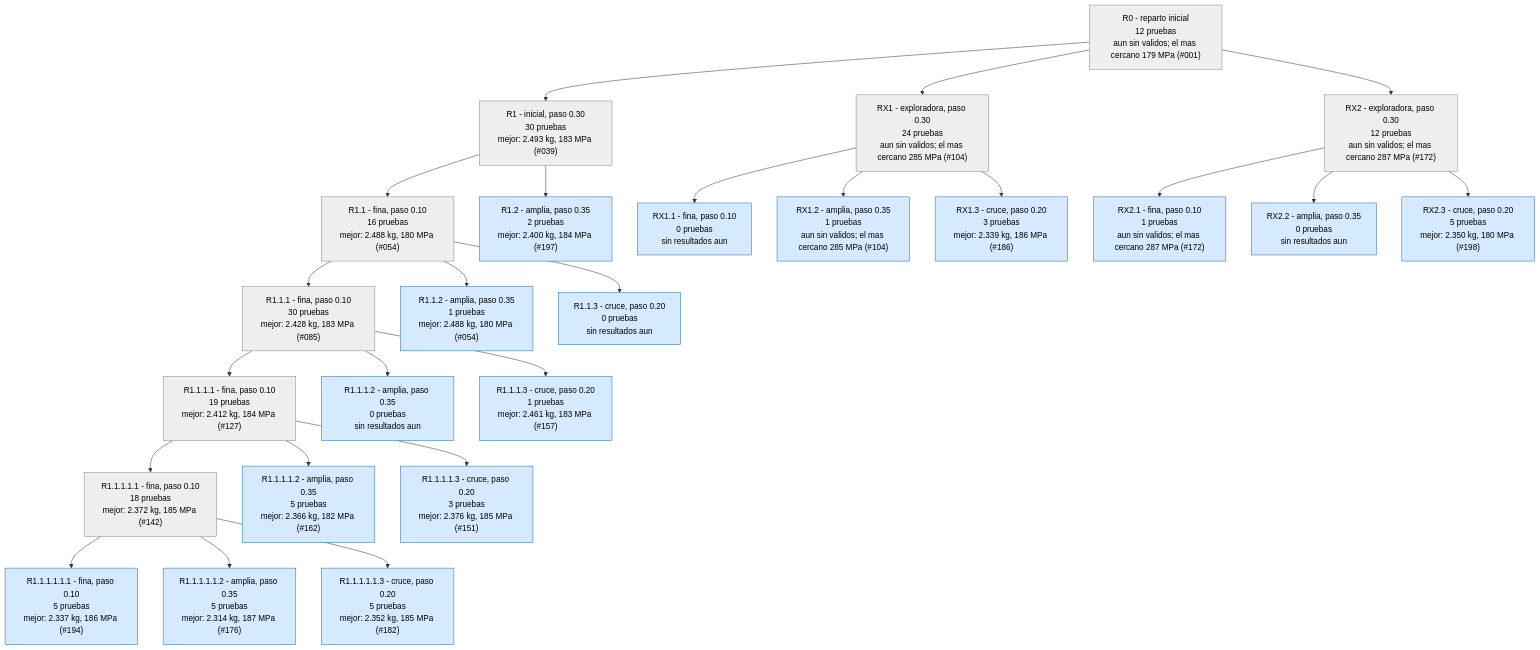
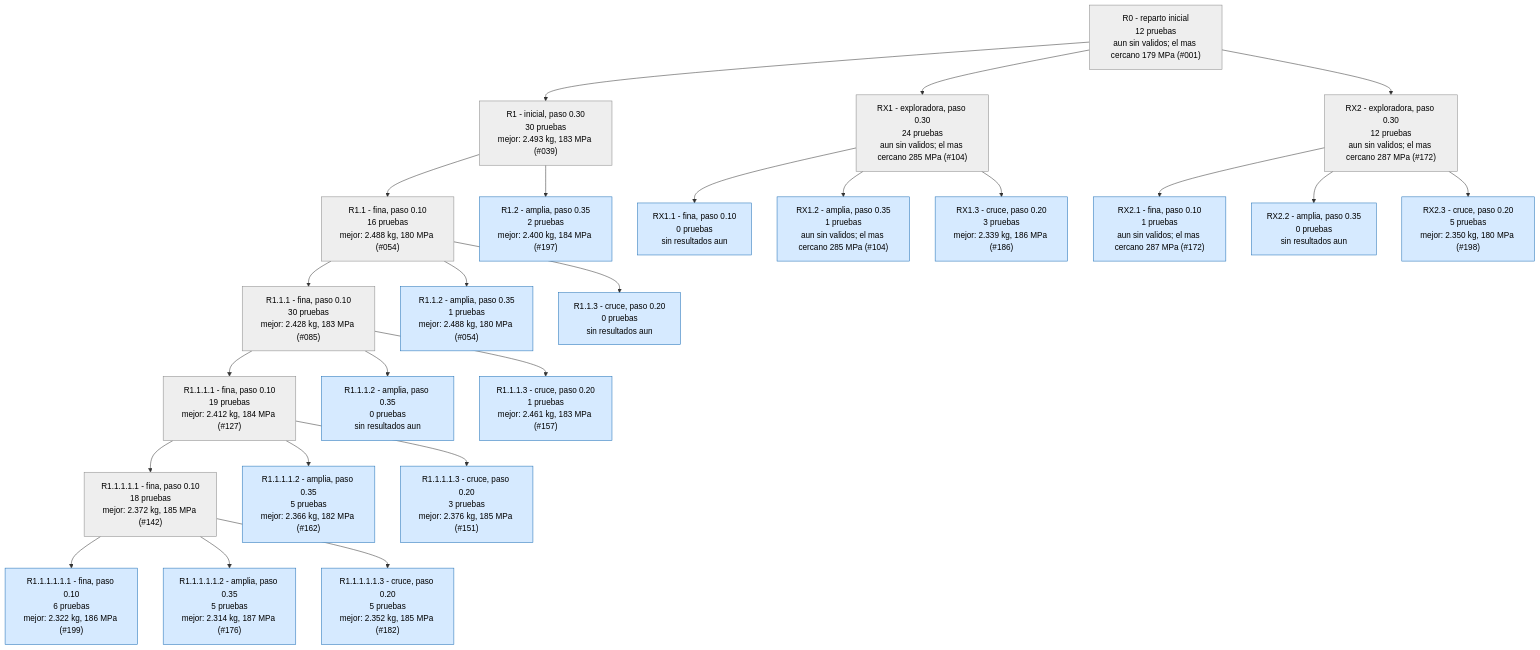
One commit to Hugiko/msd-soporte-optimizacion changed the second of 4 diagrams in runs/opt_37800N/ARBOL.md. Above: the diagram before and after it, drawn with Mermaid. The commit also changed 22 other files, not shown here.

````diff
--- a/runs/opt_37800N/ARBOL.md
+++ b/runs/opt_37800N/ARBOL.md
@@ -45,53 +45,53 @@
 ```mermaid
 graph TD
 classDef activa fill:#d6eaff,stroke:#1f6fb5,color:#000
 classDef fin fill:#eeeeee,stroke:#888,color:#000
 classDef mejor fill:#c8f0c0,stroke:#1a9850,stroke-width:4px,color:#000
 R0["R0 - reparto inicial<br/>12 pruebas<br/>aun sin validos; el mas cercano 179 MPa (#001)"]:::fin
 R1["R1 - inicial, paso 0.30<br/>30 pruebas<br/>mejor: 2.493 kg, 183 MPa (#039)"]:::fin
 R0 --> R1
 R1_1["R1.1 - fina, paso 0.10<br/>16 pruebas<br/>mejor: 2.488 kg, 180 MPa (#054)"]:::fin
 R1 --> R1_1
 R1_2["R1.2 - amplia, paso 0.35<br/>2 pruebas<br/>mejor: 2.400 kg, 184 MPa (#197)"]:::activa
 R1 --> R1_2
 R1_1_1["R1.1.1 - fina, paso 0.10<br/>30 pruebas<br/>mejor: 2.428 kg, 183 MPa (#085)"]:::fin
 R1_1 --> R1_1_1
 R1_1_2["R1.1.2 - amplia, paso 0.35<br/>1 pruebas<br/>mejor: 2.488 kg, 180 MPa (#054)"]:::activa
 R1_1 --> R1_1_2
 R1_1_3["R1.1.3 - cruce, paso 0.20<br/>0 pruebas<br/>sin resultados aun"]:::activa
 R1_1 --> R1_1_3
 R1_1_1_1["R1.1.1.1 - fina, paso 0.10<br/>19 pruebas<br/>mejor: 2.412 kg, 184 MPa (#127)"]:::fin
 R1_1_1 --> R1_1_1_1
 R1_1_1_2["R1.1.1.2 - amplia, paso 0.35<br/>0 pruebas<br/>sin resultados aun"]:::activa
 R1_1_1 --> R1_1_1_2
 R1_1_1_3["R1.1.1.3 - cruce, paso 0.20<br/>1 pruebas<br/>mejor: 2.461 kg, 183 MPa (#157)"]:::activa
 R1_1_1 --> R1_1_1_3
 RX1["RX1 - exploradora, paso 0.30<br/>24 pruebas<br/>aun sin validos; el mas cercano 285 MPa (#104)"]:::fin
 R0 --> RX1
 RX1_1["RX1.1 - fina, paso 0.10<br/>0 pruebas<br/>sin resultados aun"]:::activa
 RX1 --> RX1_1
 RX1_2["RX1.2 - amplia, paso 0.35<br/>1 pruebas<br/>aun sin validos; el mas cercano 285 MPa (#104)"]:::activa
 RX1 --> RX1_2
 RX1_3["RX1.3 - cruce, paso 0.20<br/>3 pruebas<br/>mejor: 2.339 kg, 186 MPa (#186)"]:::activa
 RX1 --> RX1_3
 R1_1_1_1_1["R1.1.1.1.1 - fina, paso 0.10<br/>18 pruebas<br/>mejor: 2.372 kg, 185 MPa (#142)"]:::fin
 R1_1_1_1 --> R1_1_1_1_1
 R1_1_1_1_2["R1.1.1.1.2 - amplia, paso 0.35<br/>5 pruebas<br/>mejor: 2.366 kg, 182 MPa (#162)"]:::activa
 R1_1_1_1 --> R1_1_1_1_2
 R1_1_1_1_3["R1.1.1.1.3 - cruce, paso 0.20<br/>3 pruebas<br/>mejor: 2.376 kg, 185 MPa (#151)"]:::activa
 R1_1_1_1 --> R1_1_1_1_3
-R1_1_1_1_1_1["R1.1.1.1.1.1 - fina, paso 0.10<br/>5 pruebas<br/>mejor: 2.337 kg, 186 MPa (#194)"]:::activa
+R1_1_1_1_1_1["R1.1.1.1.1.1 - fina, paso 0.10<br/>6 pruebas<br/>mejor: 2.322 kg, 186 MPa (#199)"]:::activa
 R1_1_1_1_1 --> R1_1_1_1_1_1
 R1_1_1_1_1_2["R1.1.1.1.1.2 - amplia, paso 0.35<br/>5 pruebas<br/>mejor: 2.314 kg, 187 MPa (#176)"]:::activa
 R1_1_1_1_1 --> R1_1_1_1_1_2
 R1_1_1_1_1_3["R1.1.1.1.1.3 - cruce, paso 0.20<br/>5 pruebas<br/>mejor: 2.352 kg, 185 MPa (#182)"]:::activa
 R1_1_1_1_1 --> R1_1_1_1_1_3
 RX2["RX2 - exploradora, paso 0.30<br/>12 pruebas<br/>aun sin validos; el mas cercano 287 MPa (#172)"]:::fin
 R0 --> RX2
 RX2_1["RX2.1 - fina, paso 0.10<br/>1 pruebas<br/>aun sin validos; el mas cercano 287 MPa (#172)"]:::activa
 RX2 --> RX2_1
 RX2_2["RX2.2 - amplia, paso 0.35<br/>0 pruebas<br/>sin resultados aun"]:::activa
 RX2 --> RX2_2
 RX2_3["RX2.3 - cruce, paso 0.20<br/>5 pruebas<br/>mejor: 2.350 kg, 180 MPa (#198)"]:::activa
 RX2 --> RX2_3
 ```
````
